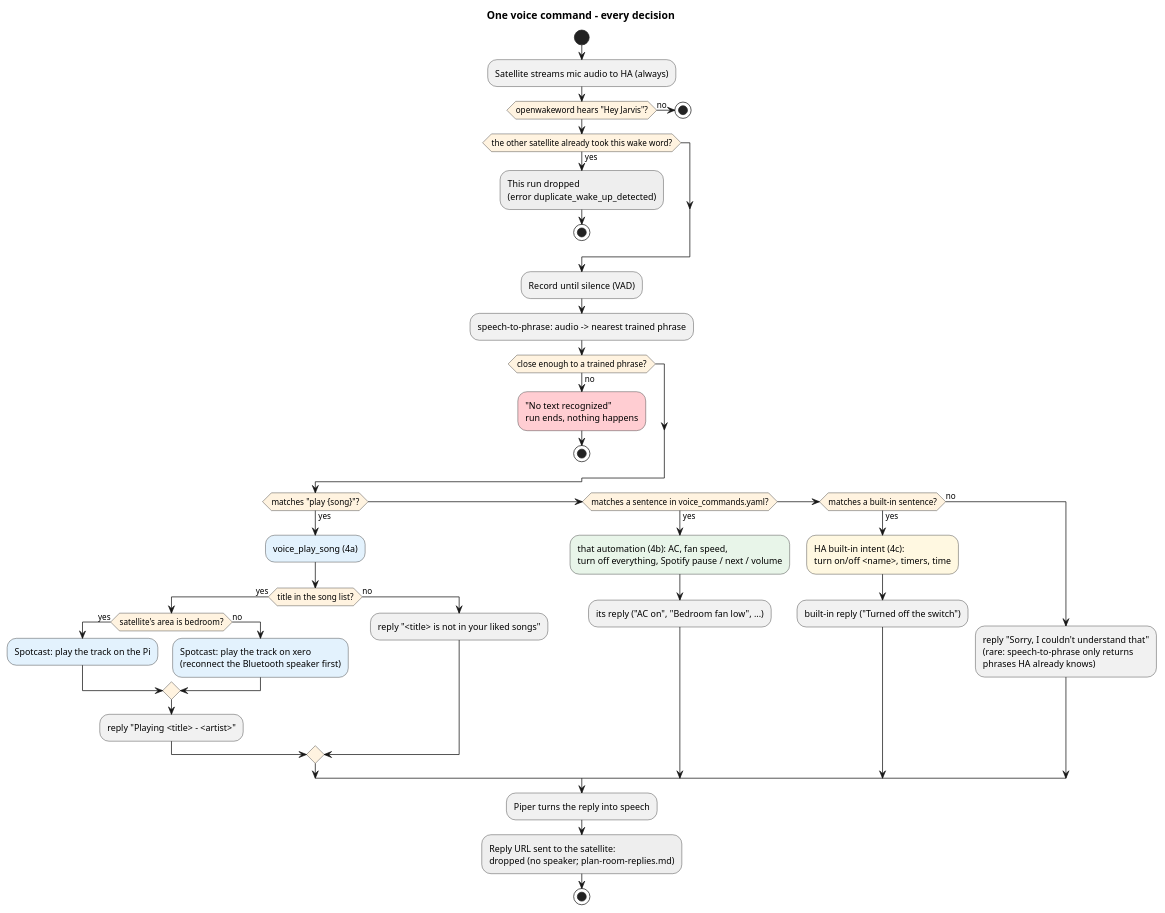
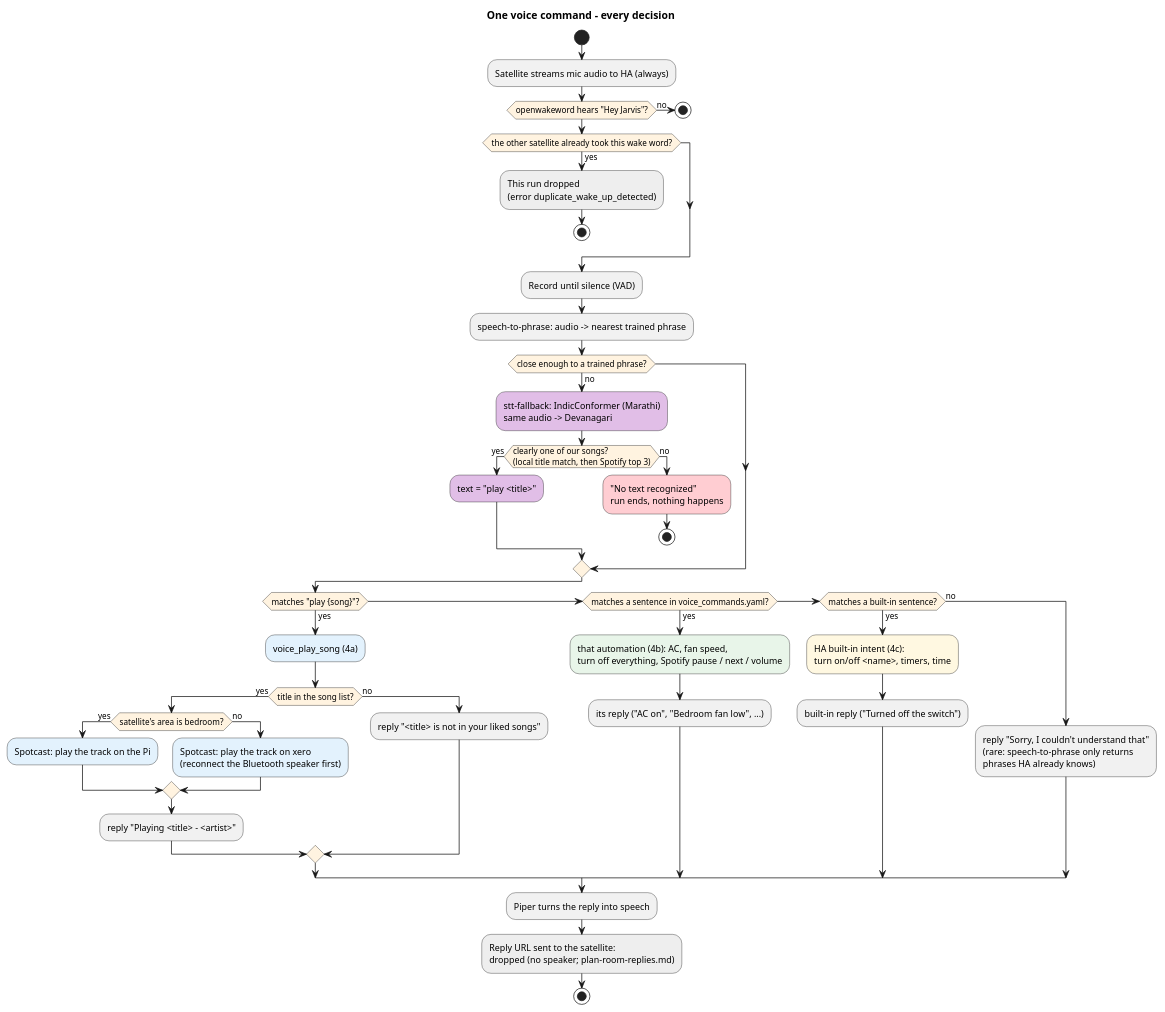
Before and after one commit to pjangam/homelab: the diagram in projects/voice-assistant/intent_routing.puml, drawn with PlantUML. The commit also changed 16 other files, not shown here.

First line of the commit message:
voice: stt-fallback proxy - IndicConformer Marathi fallback when Speech-to-Phrase hears nothing

```diff
--- a/projects/voice-assistant/intent_routing.puml
+++ b/projects/voice-assistant/intent_routing.puml
@@ -1,57 +1,63 @@
 @startuml
 ' Which way one voice command goes: every decision between "Hey Jarvis"
 ' and what you hear. Render: projects/voice-assistant/render_architecture.sh
 title One voice command - every decision
 
 skinparam shadowing false
 skinparam defaultFontName Helvetica
 skinparam ActivityDiamondBackgroundColor #FFF3E0
 
 start
 :Satellite streams mic audio to HA (always);
 if (openwakeword hears "Hey Jarvis"?) then (no)
   stop
 endif
 if (the other satellite already took this wake word?) then (yes)
   #EEEEEE:This run dropped
   (error duplicate_wake_up_detected);
   stop
 endif
 :Record until silence (VAD);
 :speech-to-phrase: audio -> nearest trained phrase;
 if (close enough to a trained phrase?) then (no)
-  #FFCDD2:"No text recognized"
-  run ends, nothing happens;
-  stop
+  #E1BEE7:stt-fallback: IndicConformer (Marathi)
+  same audio -> Devanagari;
+  if (clearly one of our songs?\n(local title match, then Spotify top 3)) then (yes)
+    #E1BEE7:text = "play <title>";
+  else (no)
+    #FFCDD2:"No text recognized"
+    run ends, nothing happens;
+    stop
+  endif
 endif
 if (matches "play {song}"?) then (yes)
   #E3F2FD:voice_play_song (4a);
   if (title in the song list?) then (yes)
     if (satellite's area is bedroom?) then (yes)
       #E3F2FD:Spotcast: play the track on the Pi;
     else (no)
       #E3F2FD:Spotcast: play the track on xero
       (reconnect the Bluetooth speaker first);
     endif
     :reply "Playing <title> - <artist>";
   else (no)
     :reply "<title> is not in your liked songs";
   endif
 elseif (matches a sentence in voice_commands.yaml?) then (yes)
   #E8F5E9:that automation (4b): AC, fan speed,
   turn off everything, Spotify pause / next / volume;
   :its reply ("AC on", "Bedroom fan low", ...);
 elseif (matches a built-in sentence?) then (yes)
   #FFF8E1:HA built-in intent (4c):
   turn on/off <name>, timers, time;
   :built-in reply ("Turned off the switch");
 else (no)
   :reply "Sorry, I couldn't understand that"
   (rare: speech-to-phrase only returns
   phrases HA already knows);
 endif
 :Piper turns the reply into speech;
 #EEEEEE:Reply URL sent to the satellite:
 dropped (no speaker; plan-room-replies.md);
 stop
 @enduml
```
